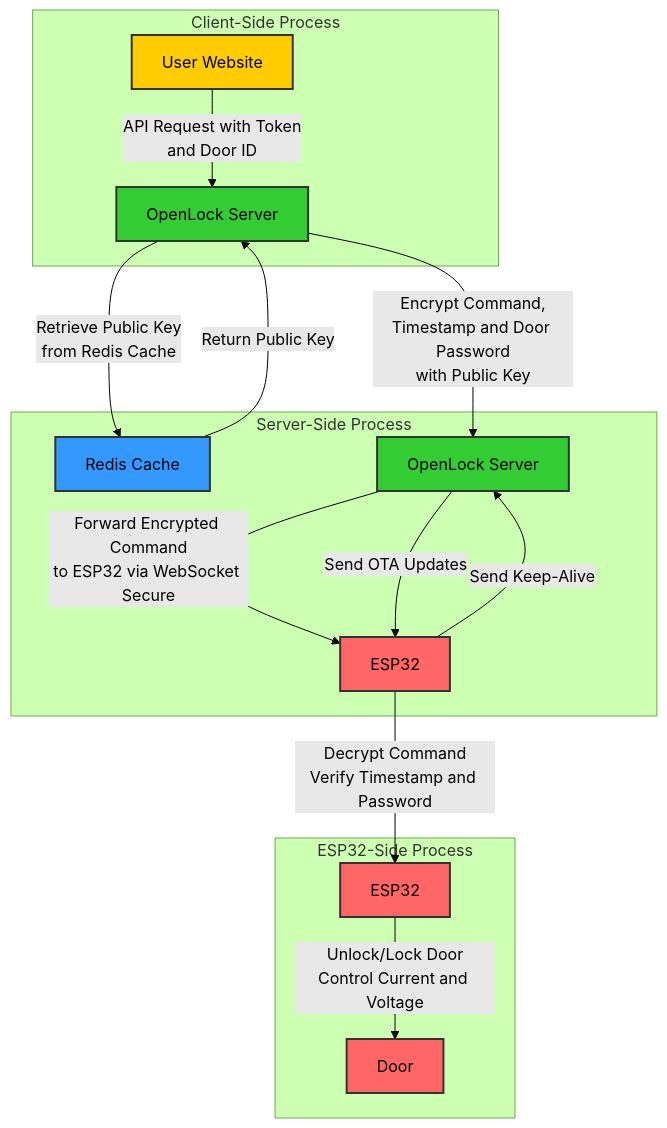
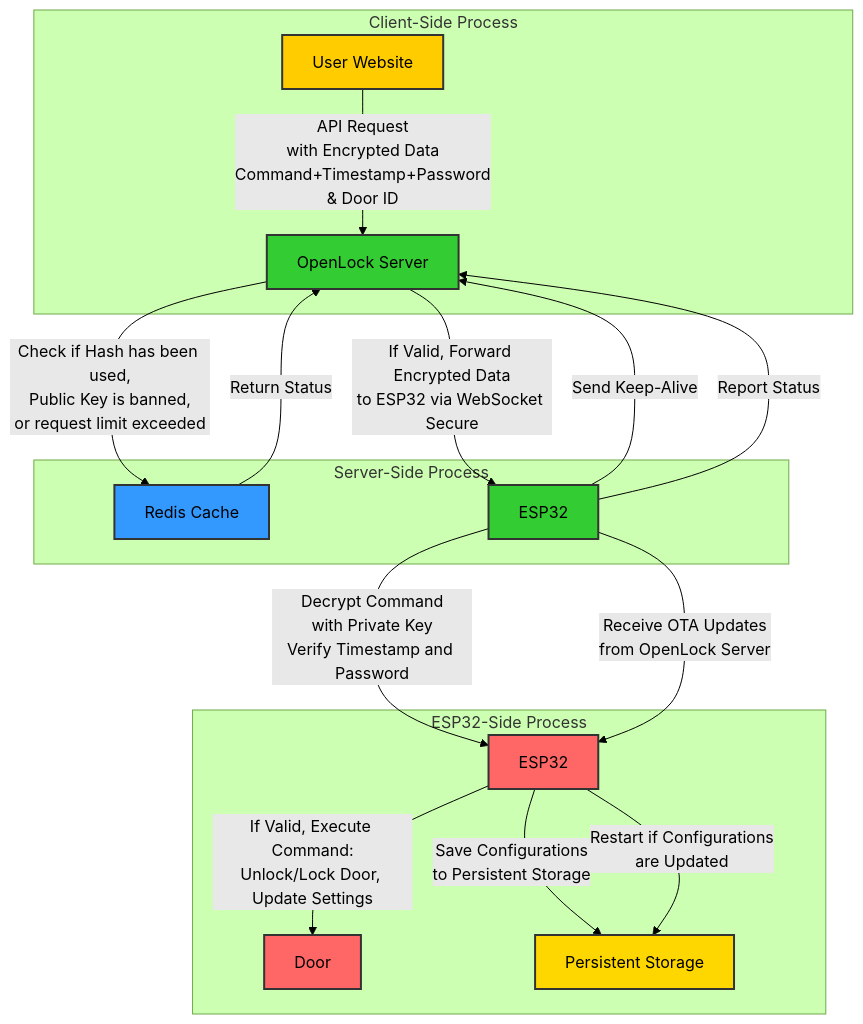
The diagram in README.md (lucasodra/esplock), drawn with Mermaid (forest theme) before and after one commit. The commit also changed other lines of this file and 1 other file, not shown here.

````diff
--- a/README.md
+++ b/README.md
@@ -19,30 +38,32 @@
 ```mermaid
 graph TD
     subgraph Client-Side Process
-        A[User Website] -->|API Request with Token<br>and Door ID| B[OpenLock Server]
+        A[User Website] -->|API Request<br>with Encrypted Data<br>Command+Timestamp+Password<br>& Door ID| B[OpenLock Server]
     end
     subgraph Server-Side Process
-        B -->|Retrieve Public Key<br>from Redis Cache| C[Redis Cache]
-        C -->|Return Public Key| B
-        B -->|Encrypt Command,<br>Timestamp and Door Password<br>with Public Key| D[OpenLock Server]
-        D -->|Forward Encrypted Command<br>to ESP32 via WebSocket Secure| E[ESP32]
+        B -->|Check if Hash has been used,<br>Public Key is banned,<br>or request limit exceeded| C[Redis Cache]
+        C -->|Return Status| B
+        B -->|If Valid, Forward Encrypted Data<br>to ESP32 via WebSocket Secure| D[ESP32]
     end
     subgraph ESP32-Side Process
-        E -->|Decrypt Command<br>Verify Timestamp and Password| F[ESP32]
-        F -->|Unlock/Lock Door<br>Control Current and Voltage| G[Door]
-        E -->|Send Keep-Alive| D
-        D -->|Send OTA Updates| E
+        D -->|Decrypt Command<br>with Private Key<br>Verify Timestamp and Password| F[ESP32]
+        F -->|If Valid, Execute Command:<br>Unlock/Lock Door, Update Settings| G[Door]
+        F -->|Save Configurations<br>to Persistent Storage| H[Persistent Storage]
+        F -->|Restart if Configurations<br>are Updated| H
+        D -->|Send Keep-Alive| B
+        D -->|Receive OTA Updates<br>from OpenLock Server| F
+        D -->|Report Status| B
     end
 
     classDef client fill:#ffcc00,stroke:#333,stroke-width:2px;
     classDef server fill:#33cc33,stroke:#333,stroke-width:2px;
     classDef cache fill:#3399ff,stroke:#333,stroke-width:2px;
     classDef device fill:#ff6666,stroke:#333,stroke-width:2px;
-    
+    classDef storage fill:#ffd700,stroke:#333,stroke-width:2px;
+
     class A client;
     class B,D server;
     class C cache;
-    class E,F device;
-    class G device;
-
+    class E,F,G,H device;
+    class H storage;
 ```
````
